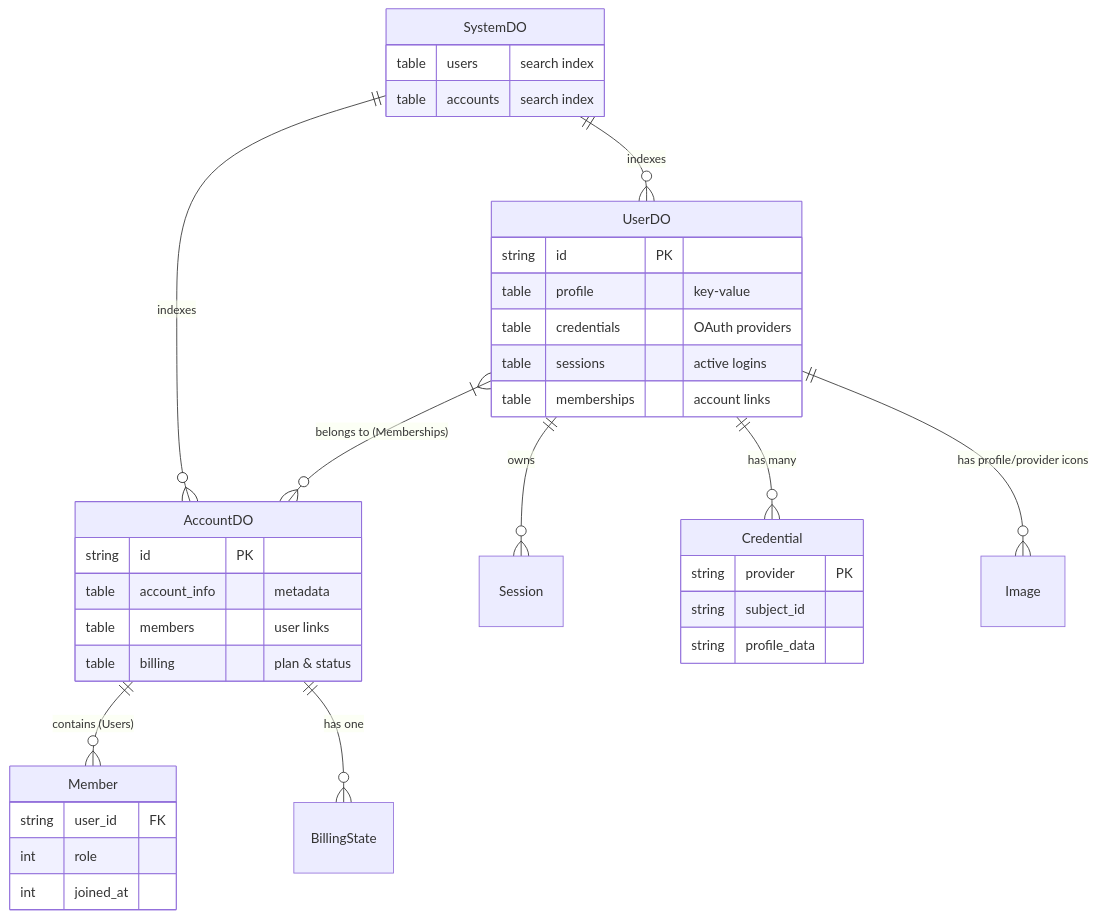
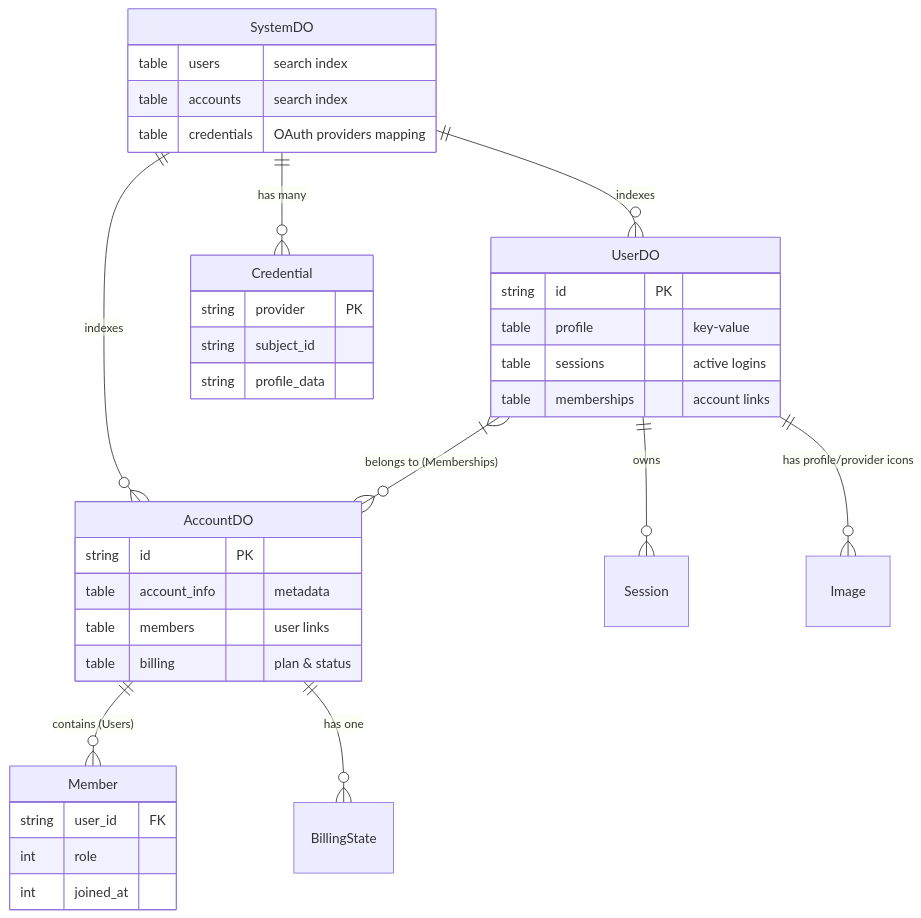
Before and after one commit to StartupAPI/startup-api-cloudflare: the diagram in specs/data-relationships.mmd, drawn with Mermaid. The commit also changed 5 other files, not shown here.

Commit message:
Move credentials to SystemDO for centralized identity management

```diff
--- a/specs/data-relationships.mmd
+++ b/specs/data-relationships.mmd
@@ -1,43 +1,43 @@
 erDiagram
     SystemDO ||--o{ UserDO : indexes
     SystemDO ||--o{ AccountDO : indexes
+    SystemDO ||--o{ Credential : "has many"
     
     UserDO ||--o{ Session : owns
-    UserDO ||--o{ Credential : "has many"
     UserDO ||--o{ Image : "has profile/provider icons"
     UserDO }|--o{ AccountDO : "belongs to (Memberships)"
 
     AccountDO ||--o{ Member : "contains (Users)"
     AccountDO ||--o{ BillingState : "has one"
 
     UserDO {
         string id PK
         table profile "key-value"
-        table credentials "OAuth providers"
         table sessions "active logins"
         table memberships "account links"
     }
 
     AccountDO {
         string id PK
         table account_info "metadata"
         table members "user links"
         table billing "plan & status"
     }
 
     SystemDO {
         table users "search index"
         table accounts "search index"
+        table credentials "OAuth providers mapping"
     }
 
     Member {
         string user_id FK
         int role
         int joined_at
     }
 
     Credential {
         string provider PK
         string subject_id
         string profile_data
     }
```
